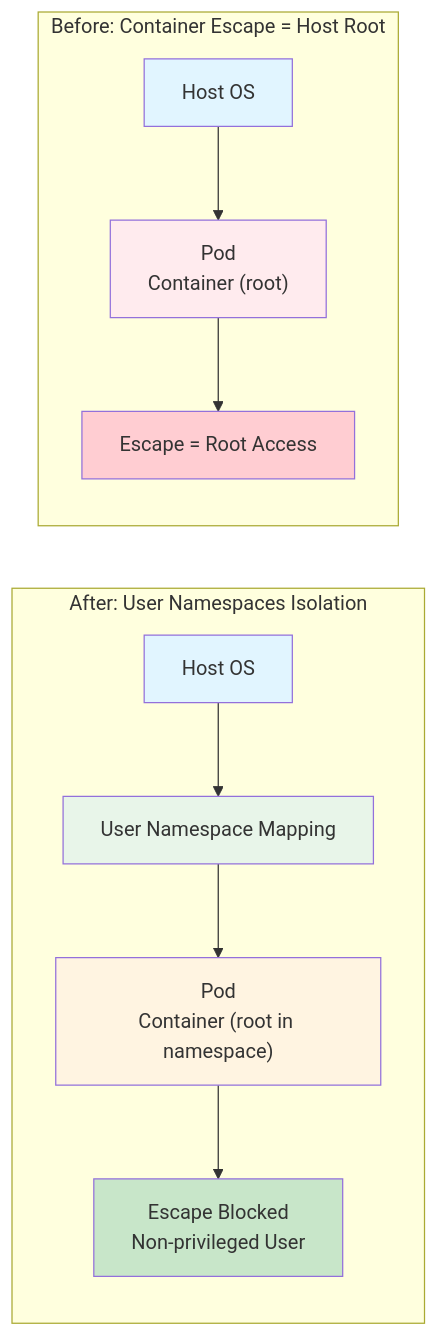
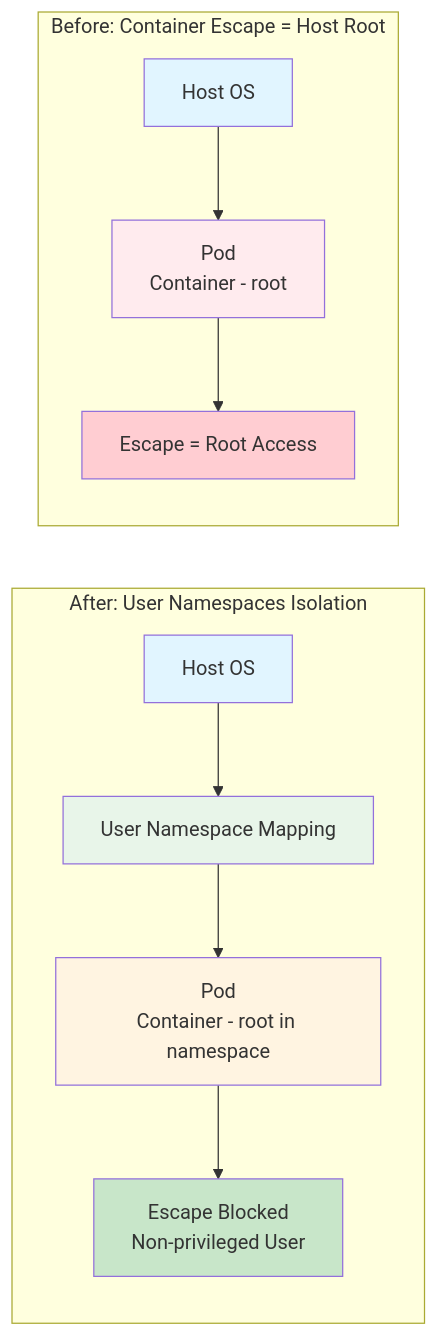
One commit to Twodragon0/tech-blog changed the first of 4 diagrams in _posts/2026-01-14-GCP_Cloud_Security_Complete_Guide_IAMFrom_GKETo_Security_Architecture.md. Above: the diagram before and after it, drawn with Mermaid. The commit also changed 4 other files, not shown here.

First line of the commit message:
fix: mermaid 차트 syntax 오류 수정 (mermaid 10.9.5 호환)

````diff
--- a/_posts/2026-01-14-GCP_Cloud_Security_Complete_Guide_IAMFrom_GKETo_Security_Architecture.md
+++ b/_posts/2026-01-14-GCP_Cloud_Security_Complete_Guide_IAMFrom_GKETo_Security_Architecture.md
@@ -79,30 +79,30 @@
 ```mermaid
 graph LR
     subgraph After["After: User Namespaces Isolation"]
         HostOS1["Host OS"]
         UserNSMapping["User Namespace Mapping"]
-        Pod1["Pod<br/>Container (root in namespace)"]
+        Pod1["Pod<br/>Container - root in namespace"]
         EscapeBlocked["Escape Blocked<br/>Non-privileged User"]
         
         HostOS1 --> UserNSMapping
         UserNSMapping --> Pod1
         Pod1 --> EscapeBlocked
     end
     
     subgraph Before["Before: Container Escape = Host Root"]
         HostOS2["Host OS"]
-        Pod2["Pod<br/>Container (root)"]
+        Pod2["Pod<br/>Container - root"]
         EscapeRoot["Escape = Root Access"]
         
         HostOS2 --> Pod2
         Pod2 --> EscapeRoot
     end
     
     style HostOS1 fill:#e1f5ff
     style UserNSMapping fill:#e8f5e9
     style Pod1 fill:#fff4e1
     style EscapeBlocked fill:#c8e6c9
     style HostOS2 fill:#e1f5ff
     style Pod2 fill:#ffebee
     style EscapeRoot fill:#ffcdd2
 ```
````
